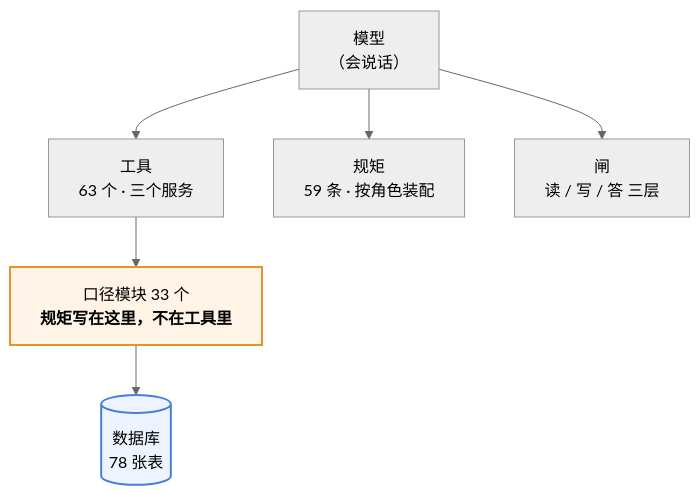
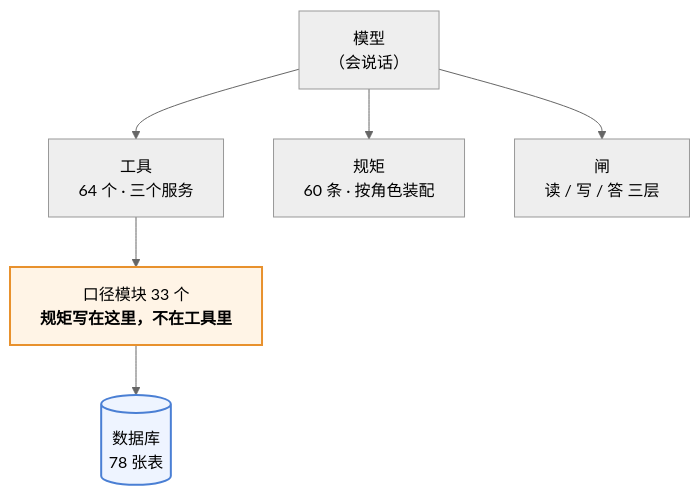
One commit to 843773296-rgb/lanxiu-yunshang-agent changed the first of 3 diagrams in 澜绣云裳agent-产品说明.md. Above: the diagram before and after it, drawn with Mermaid (neutral theme). The commit also changed other lines of this file and 13 other files, not shown here.

````diff
--- a/澜绣云裳agent-产品说明.md
+++ b/澜绣云裳agent-产品说明.md
@@ -62,12 +62,12 @@
 ```mermaid
 flowchart TD
     M["模型<br/>（会说话）"]
-    M --> T["工具<br/>63 个 · 三个服务"]
-    M --> R["规矩<br/>59 条 · 按角色装配"]
+    M --> T["工具<br/>64 个 · 三个服务"]
+    M --> R["规矩<br/>60 条 · 按角色装配"]
     M --> G["闸<br/>读 / 写 / 答 三层"]
     T --> K["口径模块 33 个<br/><b>规矩写在这里，不在工具里</b>"]
     K --> DB[("数据库<br/>78 张表")]
 
     style K fill:#fff4e6,stroke:#e8912d,stroke-width:2px
     style DB fill:#eef4ff,stroke:#4a7fd4,stroke-width:2px
 ```
````
